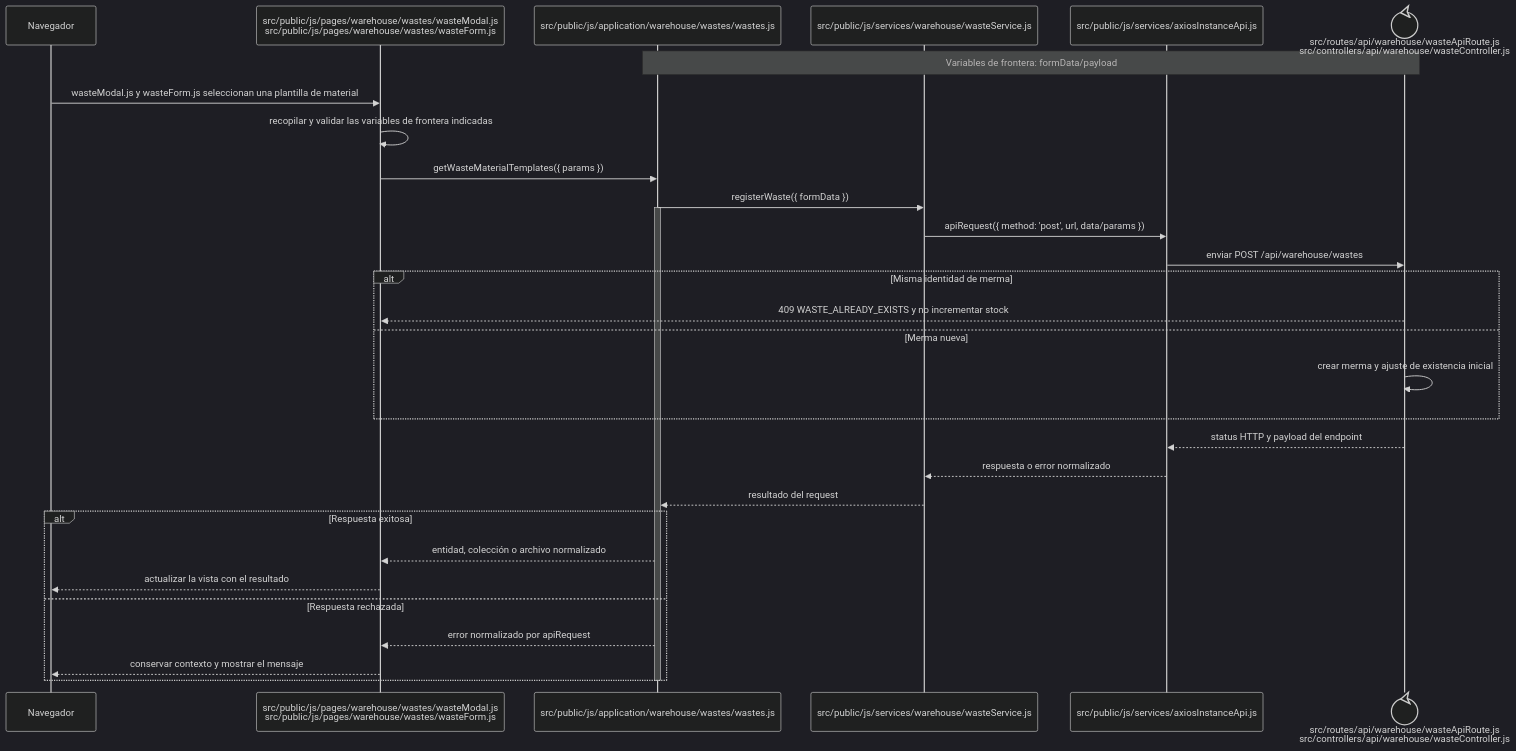
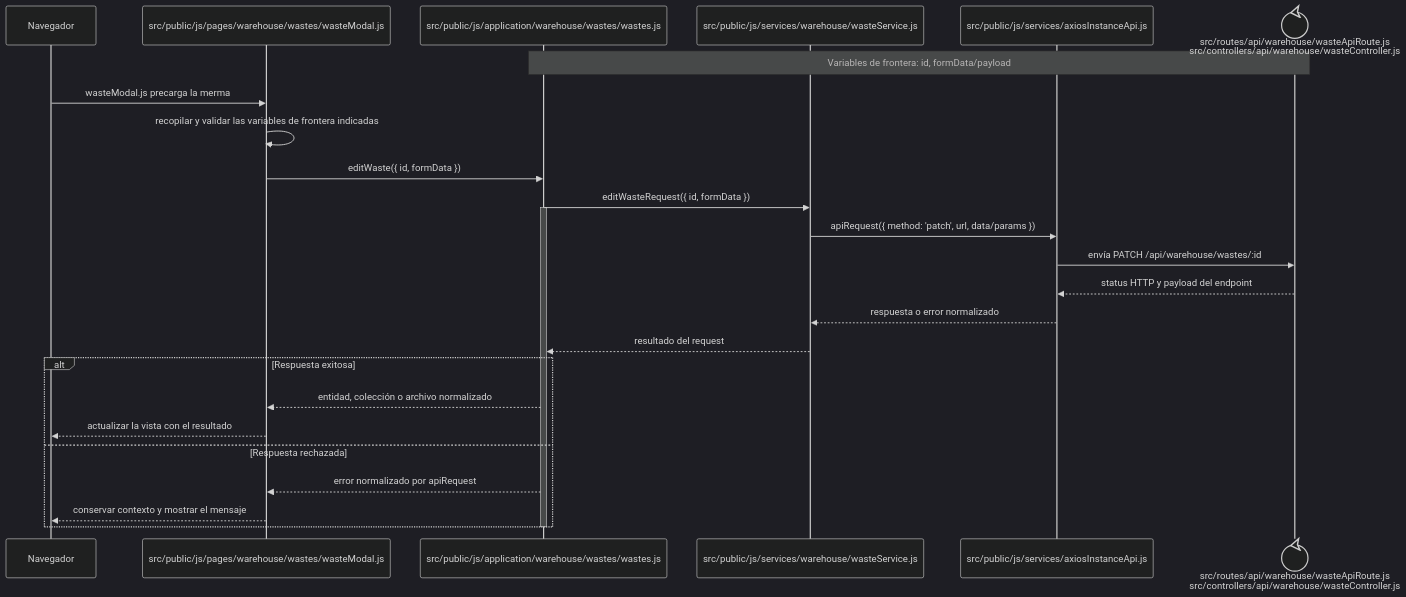
Before and after one commit to gpgsistemas01/nexus: the diagram in docs/architecture/frontend-code-sequences/catalogs/cu-cat-20.md, drawn with Mermaid (dark theme). The commit also changed other lines of this file and 207 other files, not shown here.

````diff
--- a/docs/architecture/frontend-code-sequences/catalogs/cu-cat-20.md
+++ b/docs/architecture/frontend-code-sequences/catalogs/cu-cat-20.md
@@ -6,34 +6,29 @@
 ```mermaid
 sequenceDiagram
     participant Browser as Navegador
-    participant View as src/public/js/pages/warehouse/wastes/wasteModal.js<br/>src/public/js/pages/warehouse/wastes/wasteForm.js
+    participant View as src/public/js/pages/warehouse/wastes/wasteModal.js
     participant Application as src/public/js/application/warehouse/wastes/wastes.js
     participant Request as src/public/js/services/warehouse/wasteService.js
     participant HTTP as src/public/js/services/axiosInstanceApi.js
     participant Transport@{ "type": "control" } as src/routes/api/warehouse/wasteApiRoute.js<br/>src/controllers/api/warehouse/wasteController.js
-    Note over Application,Transport: Variables de frontera: formData/payload
+    Note over Application,Transport: Variables de frontera: id, formData/payload
 
-    Browser->>View: wasteModal.js y wasteForm.js seleccionan una plantilla de material
+    Browser->>View: wasteModal.js precarga la merma
     View->>View: recopilar y validar las variables de frontera indicadas
-    View->>Application: getWasteMaterialTemplates({ params })
-    Application->>Request: registerWaste({ formData })
+    View->>Application: editWaste({ id, formData })
+    Application->>Request: editWasteRequest({ id, formData })
     activate Application
-    Request->>HTTP: apiRequest({ method: 'post', url, data/params })
-    HTTP->>Transport: enviar POST /api/warehouse/wastes
-    alt Misma identidad de merma
-        Transport-->>View: 409 WASTE_ALREADY_EXISTS y no incrementar stock
-    else Merma nueva
-        Transport->>Transport: crear merma y ajuste de existencia inicial
-    end
+    Request->>HTTP: apiRequest({ method: 'patch', url, data/params })
+    HTTP->>Transport: envía PATCH /api/warehouse/wastes/:id
     Transport-->>HTTP: status HTTP y payload del endpoint
     HTTP-->>Request: respuesta o error normalizado
     Request-->>Application: resultado del request
     alt Respuesta exitosa
         Application-->>View: entidad, colección o archivo normalizado
         View-->>Browser: actualizar la vista con el resultado
     else Respuesta rechazada
         Application-->>View: error normalizado por apiRequest
         View-->>Browser: conservar contexto y mostrar el mensaje
     end
     deactivate Application
 ```
````
